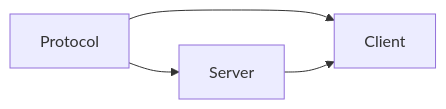
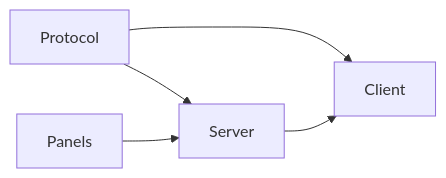
One commit to alennartz/pimote changed the first of 3 diagrams in codemap.md. Above: the diagram before and after it, drawn with Mermaid. The commit also changed other lines of this file and 3 other files, not shown here.

````diff
--- a/codemap.md
+++ b/codemap.md
@@ -7,6 +7,7 @@
 ```mermaid
 graph LR
   Protocol --> Server
   Protocol --> Client
+  Panels --> Server
   Server --> Client
 ```
````
